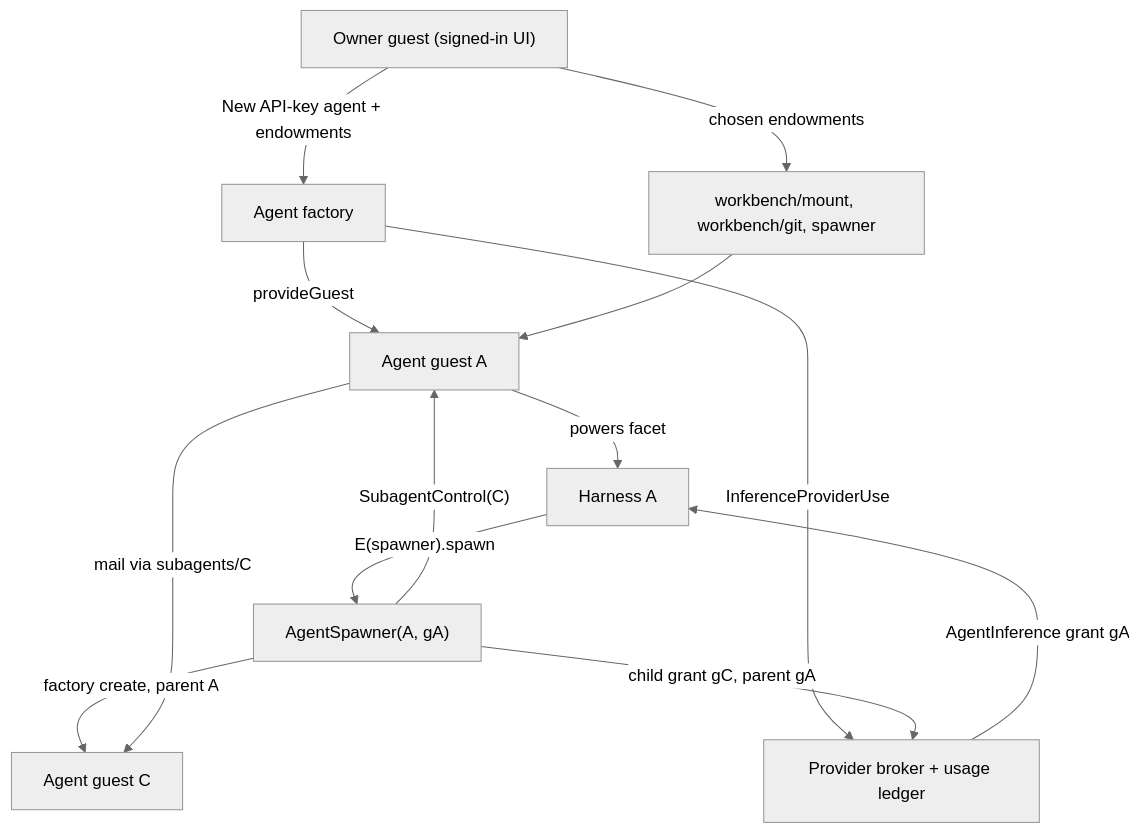
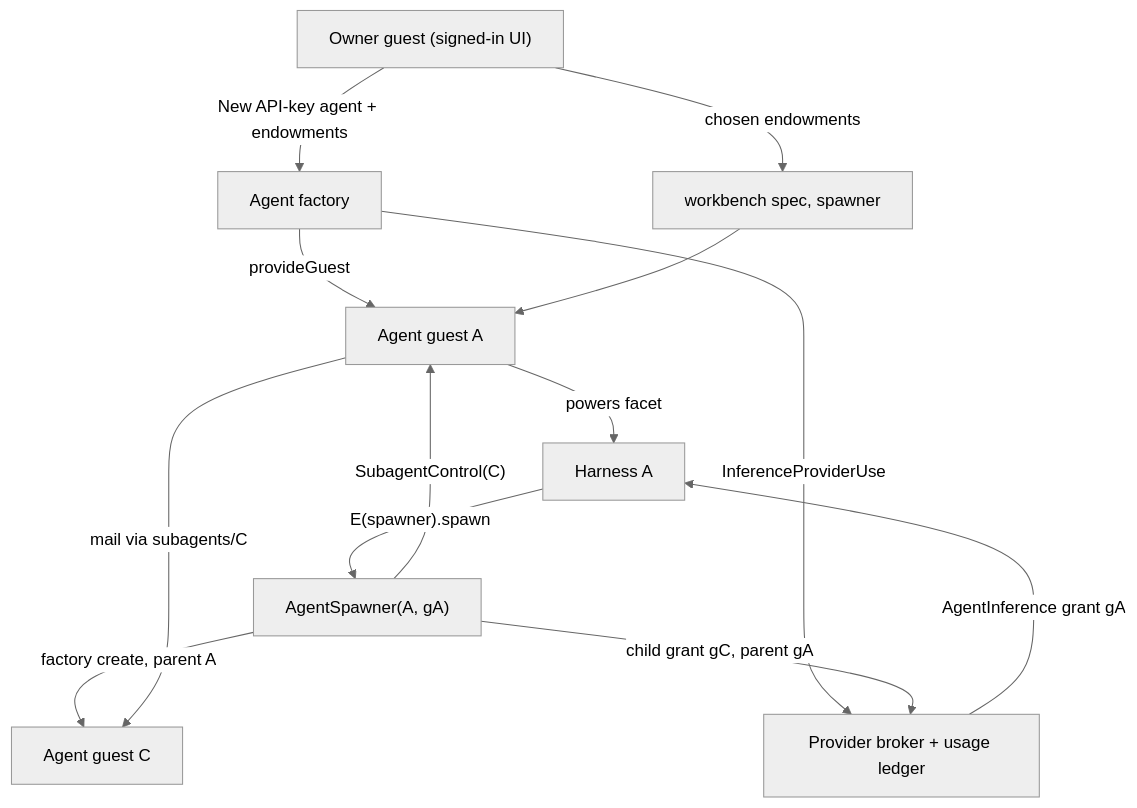
One commit to endojs/endo-but-for-bots changed the diagram in designs/api-key-agent-workbench.md. Above: the diagram before and after it, drawn with Mermaid (neutral theme). The commit also changed other lines of this file and 1 other file, not shown here.

First line of the commit message:
docs(agents): address panel-8 review on the API-key agent workbench design

````diff
--- a/designs/api-key-agent-workbench.md
+++ b/designs/api-key-agent-workbench.md
@@ -43,15 +45,15 @@
 ```mermaid
 flowchart TD
     Owner["Owner guest (signed-in UI)"] -->|"New API-key agent + endowments"| Factory["Agent factory"]
     Factory -->|"provideGuest"| A["Agent guest A"]
     Factory -->|"InferenceProviderUse"| Broker["Provider broker + usage ledger"]
     Broker -->|"AgentInference grant gA"| HA["Harness A"]
     A -->|"powers facet"| HA
-    Owner -->|"chosen endowments"| End["workbench/mount, workbench/git, spawner"]
+    Owner -->|"chosen endowments"| End["workbench spec, spawner"]
     End --> A
     HA -->|"E(spawner).spawn"| Sp["AgentSpawner(A, gA)"]
     Sp -->|"factory create, parent A"| C["Agent guest C"]
     Sp -->|"child grant gC, parent gA"| Broker
     Sp -->|"SubagentControl(C)"| A
     A -->|"mail via subagents/C"| C
 ```
````
